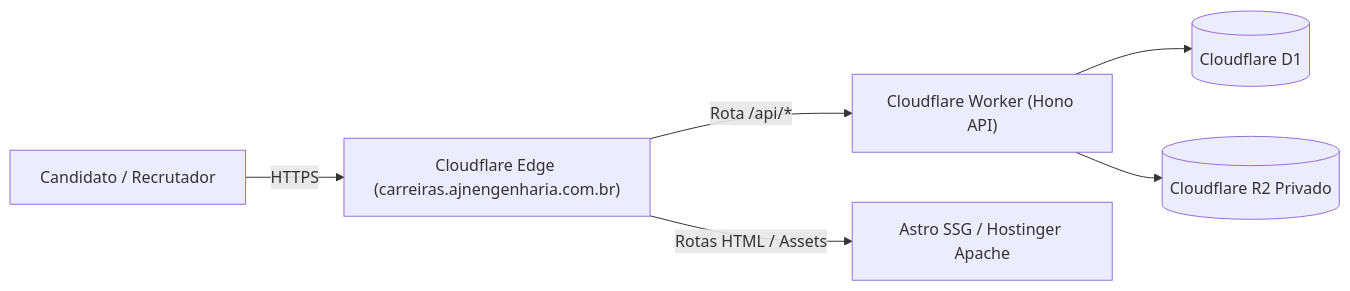
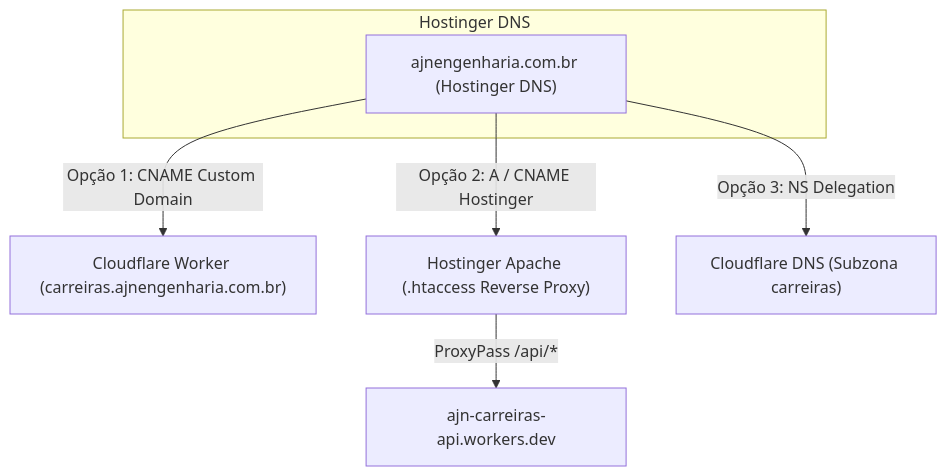
The diagram in docs/carreiras/03-guia-deploy-configuracao.md (wandersongandra/ajn-site), drawn with Mermaid before and after one commit. The commit also changed other lines of this file and 20 other files, not shown here.

````diff
--- a/docs/carreiras/03-guia-deploy-configuracao.md
+++ b/docs/carreiras/03-guia-deploy-configuracao.md
@@ -102,8 +105,11 @@
 ```mermaid
-flowchart LR
-    User["Candidato / Recrutador"] -->|HTTPS| CF["Cloudflare Edge (carreiras.ajnengenharia.com.br)"]
-    CF -->|Rota /api/*| Worker["Cloudflare Worker (Hono API)"]
-    Worker --> D1[("Cloudflare D1")]
-    Worker --> R2[("Cloudflare R2 Privado")]
-    CF -->|Rotas HTML / Assets| Origin["Astro SSG / Hostinger Apache"]
+flowchart TD
+    subgraph Hostinger DNS
+        Zone["ajnengenharia.com.br (Hostinger DNS)"]
+    end
+    
+    Zone -->|Opção 1: CNAME Custom Domain| CFWorker["Cloudflare Worker (carreiras.ajnengenharia.com.br)"]
+    Zone -->|Opção 2: A / CNAME Hostinger| HostingerApache["Hostinger Apache (.htaccess Reverse Proxy)"]
+    HostingerApache -->|ProxyPass /api/*| CFWorkerDev["ajn-carreiras-api.workers.dev"]
+    Zone -->|Opção 3: NS Delegation| CFZone["Cloudflare DNS (Subzona carreiras)"]
 ```
````
